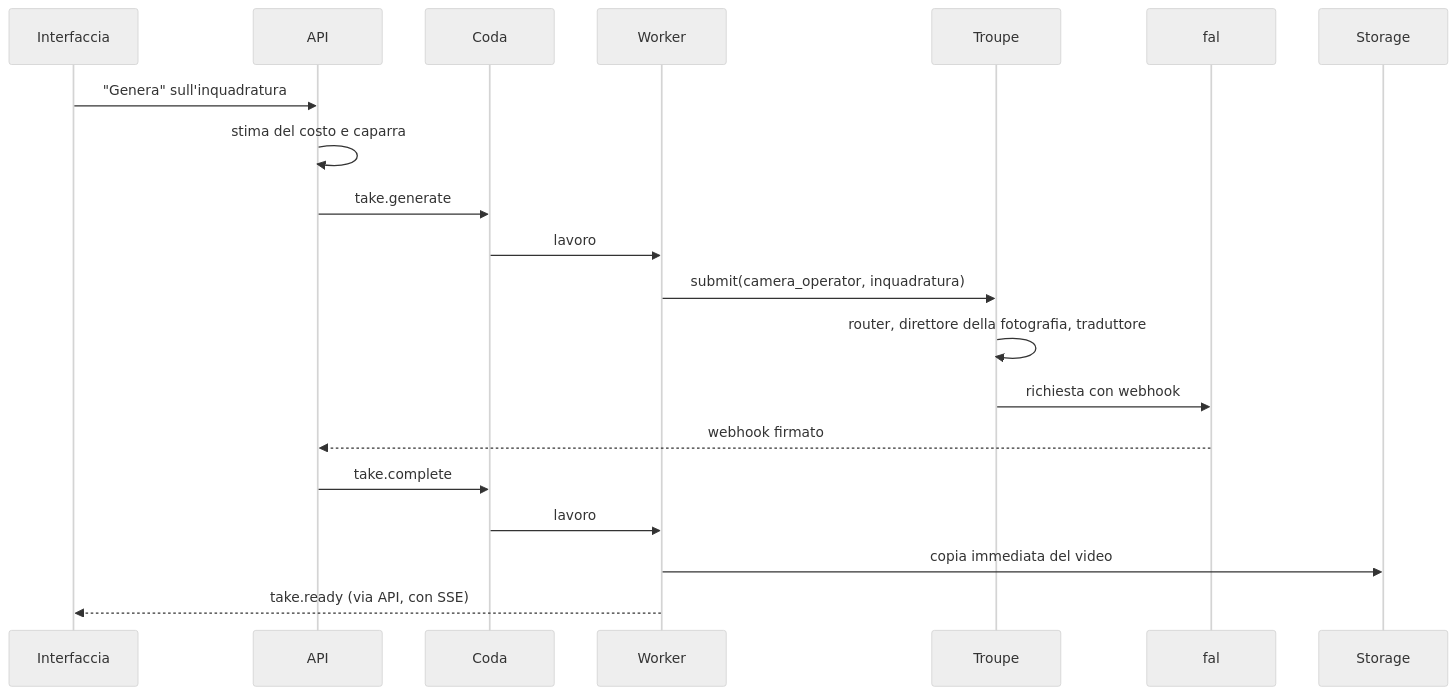
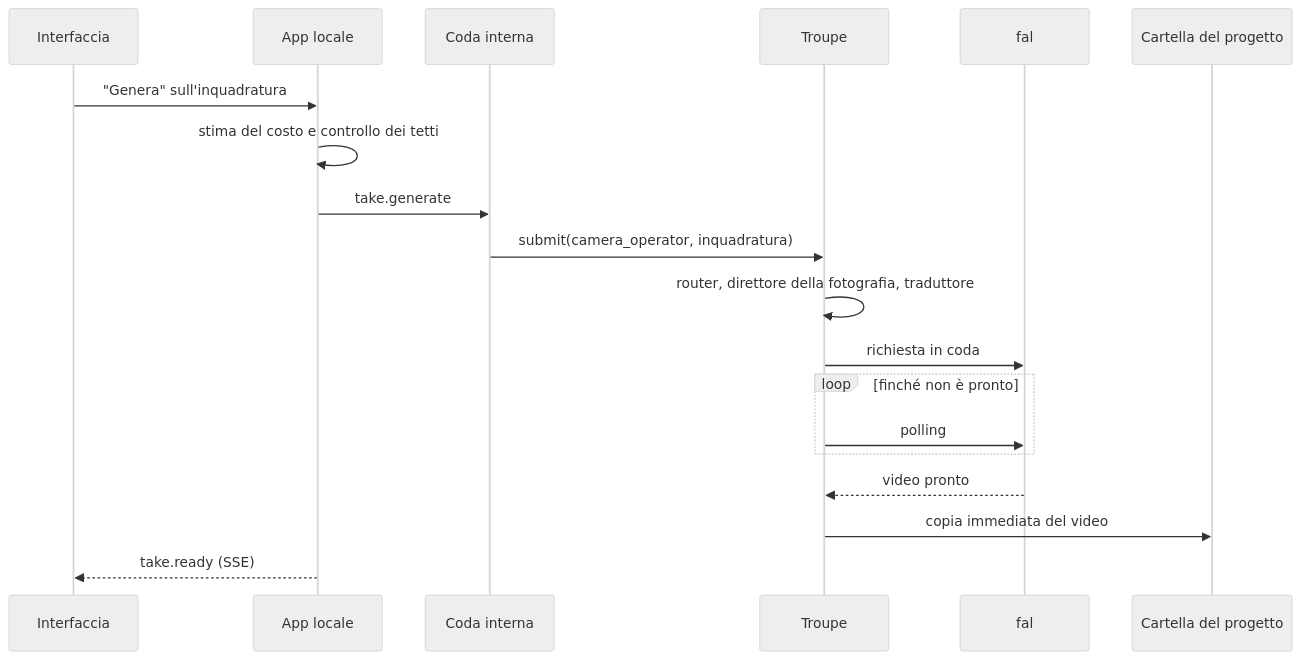
The diagram in docs/architettura.md (Hacca13/Filmzy), drawn with Mermaid (neutral theme) before and after one commit. The commit also changed other lines of this file and 11 other files, not shown here.

````diff
--- a/docs/architettura.md
+++ b/docs/architettura.md
@@ -403,22 +410,21 @@
 ```mermaid
 sequenceDiagram
   participant W as Interfaccia
-  participant A as API
-  participant Q as Coda
-  participant K as Worker
+  participant A as App locale
+  participant Q as Coda interna
   participant T as Troupe
   participant F as fal
-  participant S as Storage
+  participant S as Cartella del progetto
   W->>A: "Genera" sull'inquadratura
-  A->>A: stima del costo e caparra
+  A->>A: stima del costo e controllo dei tetti
   A->>Q: take.generate
-  Q->>K: lavoro
-  K->>T: submit(camera_operator, inquadratura)
+  Q->>T: submit(camera_operator, inquadratura)
   T->>T: router, direttore della fotografia, traduttore
-  T->>F: richiesta con webhook
-  F-->>A: webhook firmato
-  A->>Q: take.complete
-  Q->>K: lavoro
-  K->>S: copia immediata del video
-  K-->>W: take.ready (via API, con SSE)
+  T->>F: richiesta in coda
+  loop finché non è pronto
+    T->>F: polling
+  end
+  F-->>T: video pronto
+  T->>S: copia immediata del video
+  A-->>W: take.ready (SSE)
 ```
````
